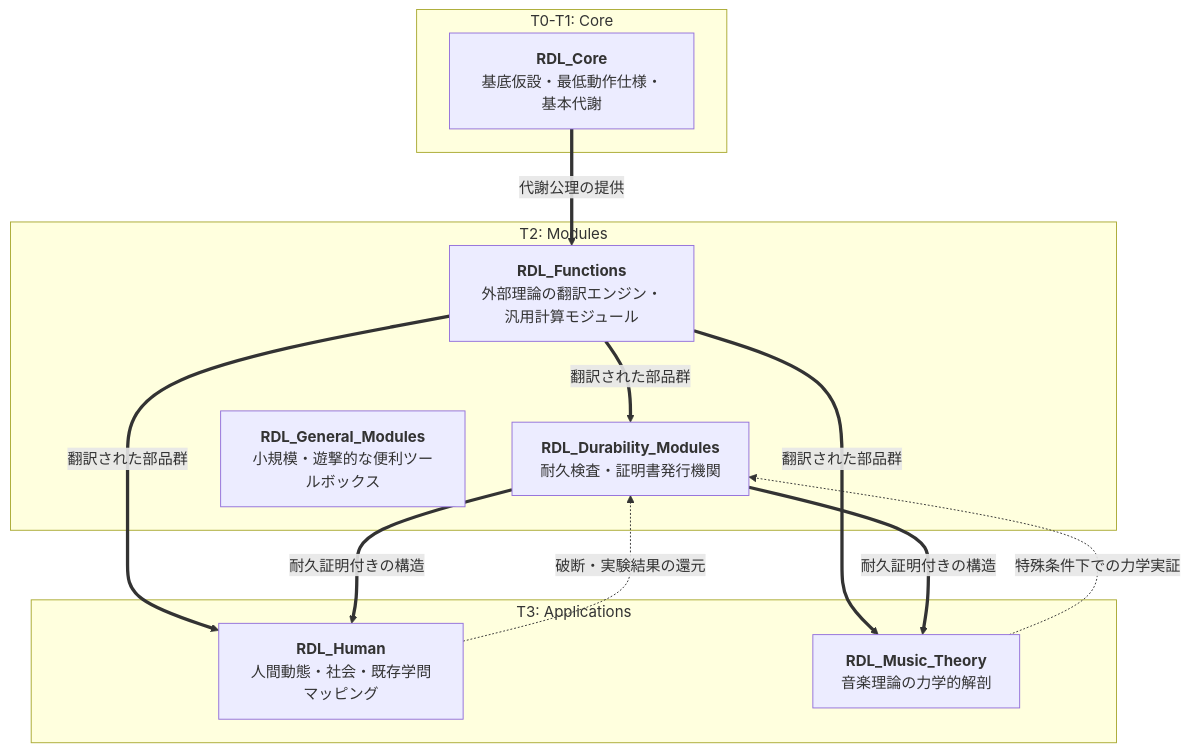
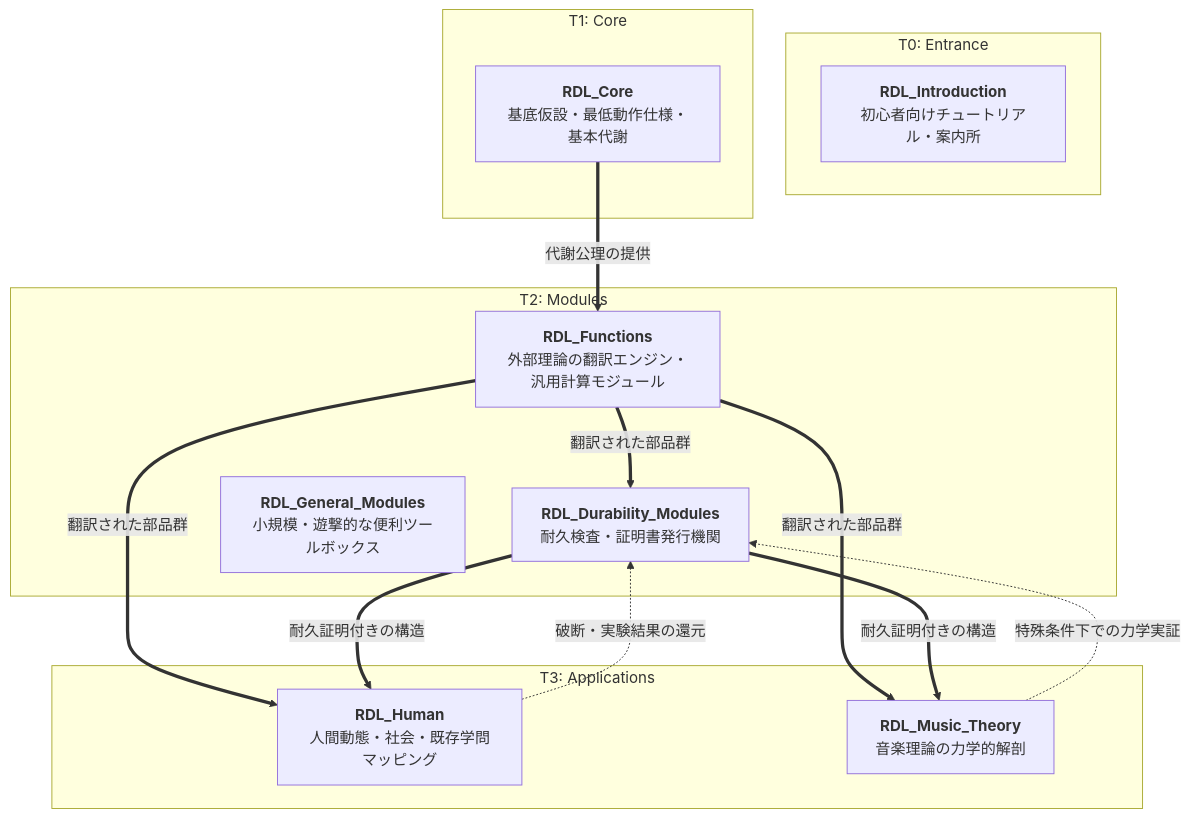
One commit to Aporapeiron/.github changed the diagram in profile/README.md. Above: the diagram before and after it, drawn with Mermaid. The commit also changed other lines of this file, not shown here.

Commit message:
docs: insert RDL_Introduction as Entrance

````diff
--- a/profile/README.md
+++ b/profile/README.md
@@ -17,23 +17,27 @@
 ```mermaid
 graph TD
-    subgraph T0-T1: Core
+    subgraph T0: Entrance
+        Intro[<b>RDL_Introduction</b><br>初心者向けチュートリアル・案内所]
+    end
+
+    subgraph T1: Core
         C[<b>RDL_Core</b><br>基底仮設・最低動作仕様・基本代謝] 
     end
 
     subgraph T2: Modules
         F[<b>RDL_Functions</b><br>外部理論の翻訳エンジン・汎用計算モジュール]
         M[<b>RDL_Durability_Modules</b><br>耐久検査・証明書発行機関]
         G[<b>RDL_General_Modules</b><br>小規模・遊撃的な便利ツールボックス]
     end
 
     subgraph T3: Applications
         H[<b>RDL_Human</b><br>人間動態・社会・既存学問マッピング]
         Music[<b>RDL_Music_Theory</b><br>音楽理論の力学的解剖]
     end
 
     C ==>|代謝公理の提供| F
     F ==>|翻訳された部品群| M & H & Music
     M ==>|耐久証明付きの構造| H & Music
     H -.->|破断・実験結果の還元| M
     Music -.->|特殊条件下での力学実証| M
 ```
````
